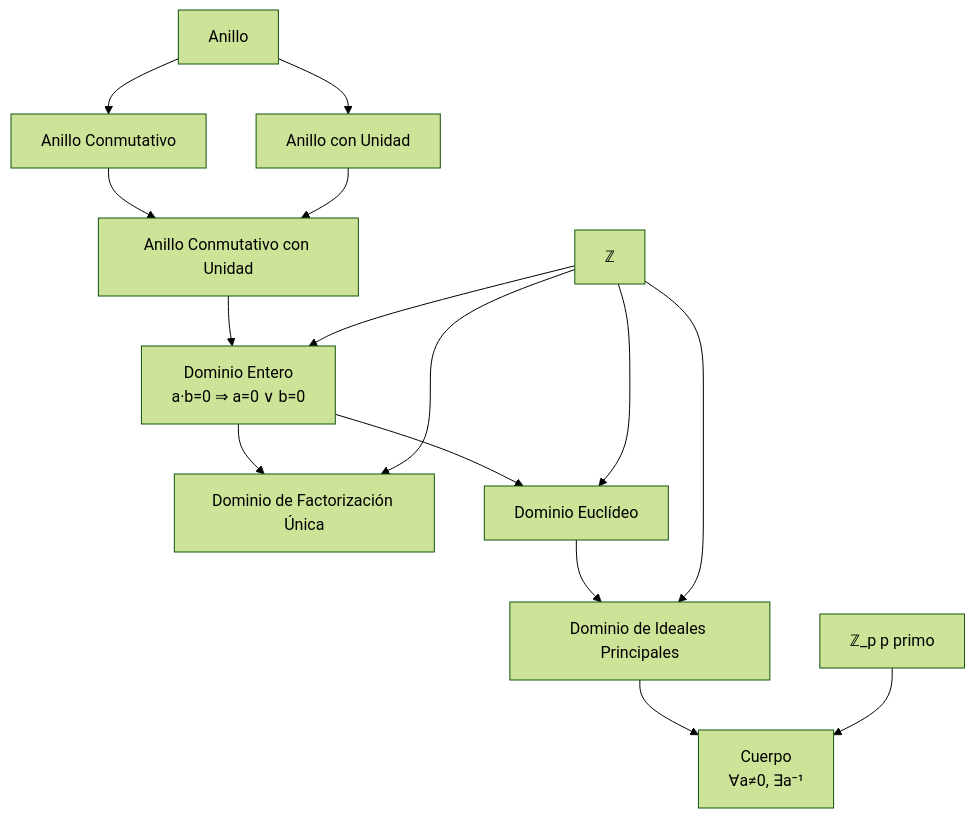
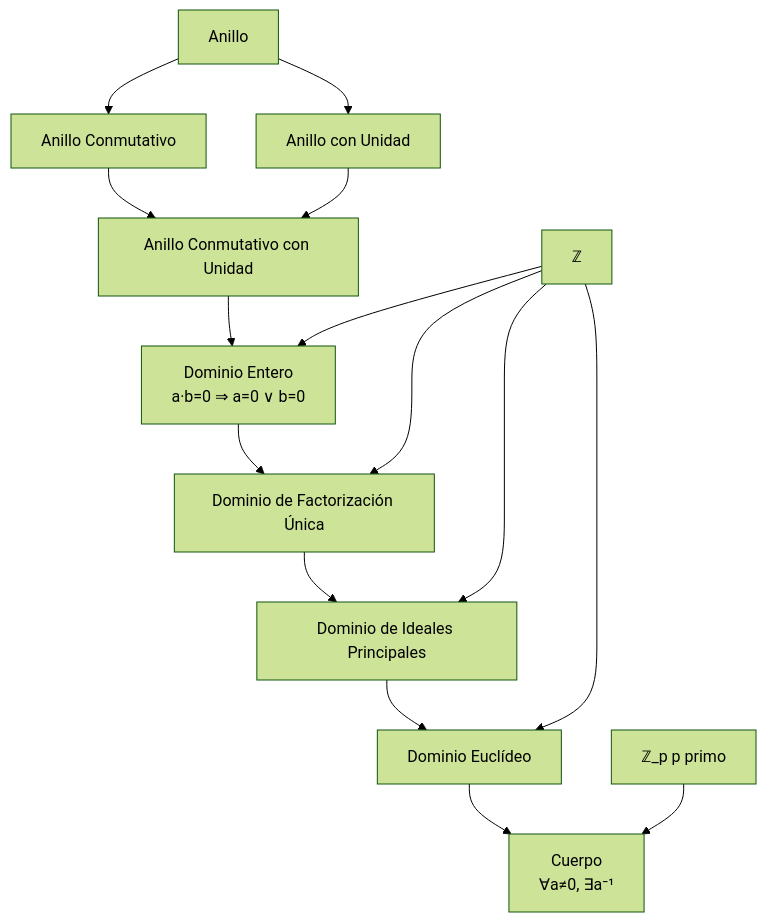
One commit to djaimej/computer-science-template changed the diagram in public/documents/semester-2/1/2112.md. Above: the diagram before and after it, drawn with Mermaid (forest theme). The commit also changed 21 other files, not shown here.

````diff
--- a/public/documents/semester-2/1/2112.md
+++ b/public/documents/semester-2/1/2112.md
@@ -112,22 +112,22 @@
 ```mermaid
 graph TD
     A[Anillo] --> B[Anillo Conmutativo]
     A --> C[Anillo con Unidad]
     B --> D[Anillo Conmutativo con Unidad]
     C --> D
     D --> E[Dominio Entero<br/>a·b=0 ⇒ a=0 ∨ b=0]
     E --> F[Dominio de Factorización Única]
-    E --> G[Dominio Euclídeo]
-    G --> H[Dominio de Ideales Principales]
-    H --> I[Cuerpo<br/>∀a≠0, ∃a⁻¹]
+    F --> H[Dominio de Ideales Principales]
+    H --> G[Dominio Euclídeo]
+    G --> I[Cuerpo<br/>∀a≠0, ∃a⁻¹]
 
     J[ℤ] --> E
     J --> F
     J --> G
     J --> H
     K[ℤ_p p primo] --> I
 
     J:::dandelion
     E:::green
     I:::lazuli
 ```
````
